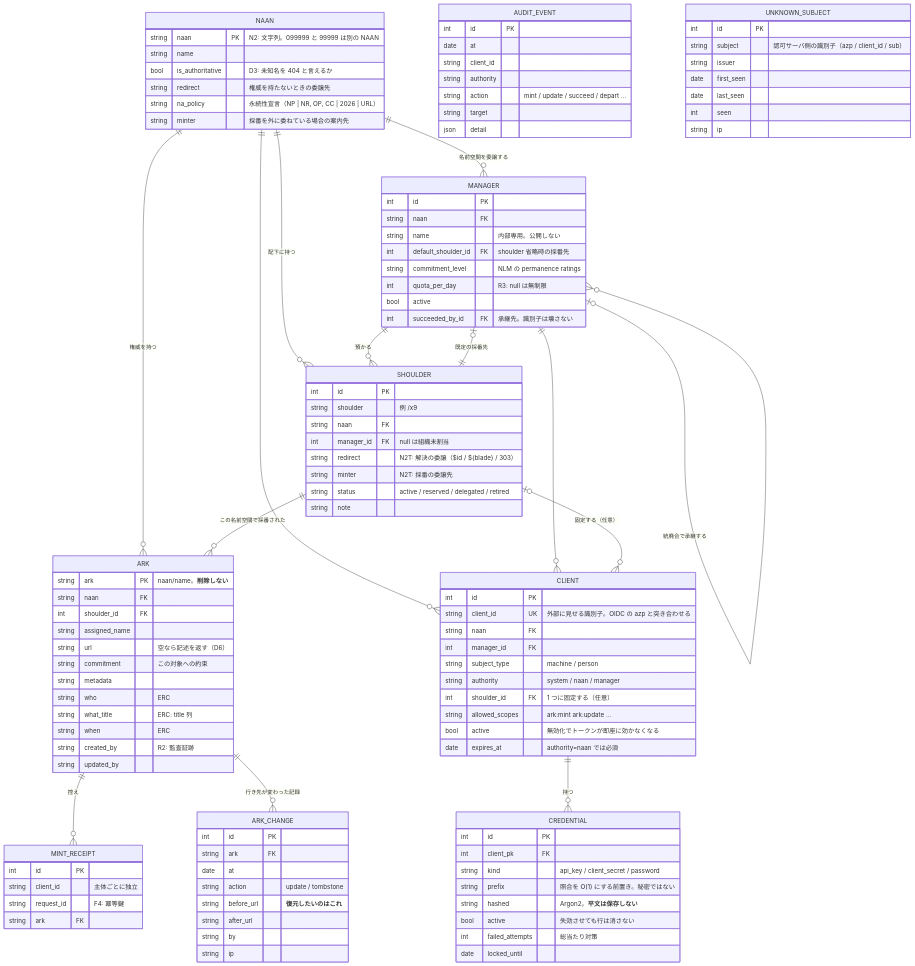
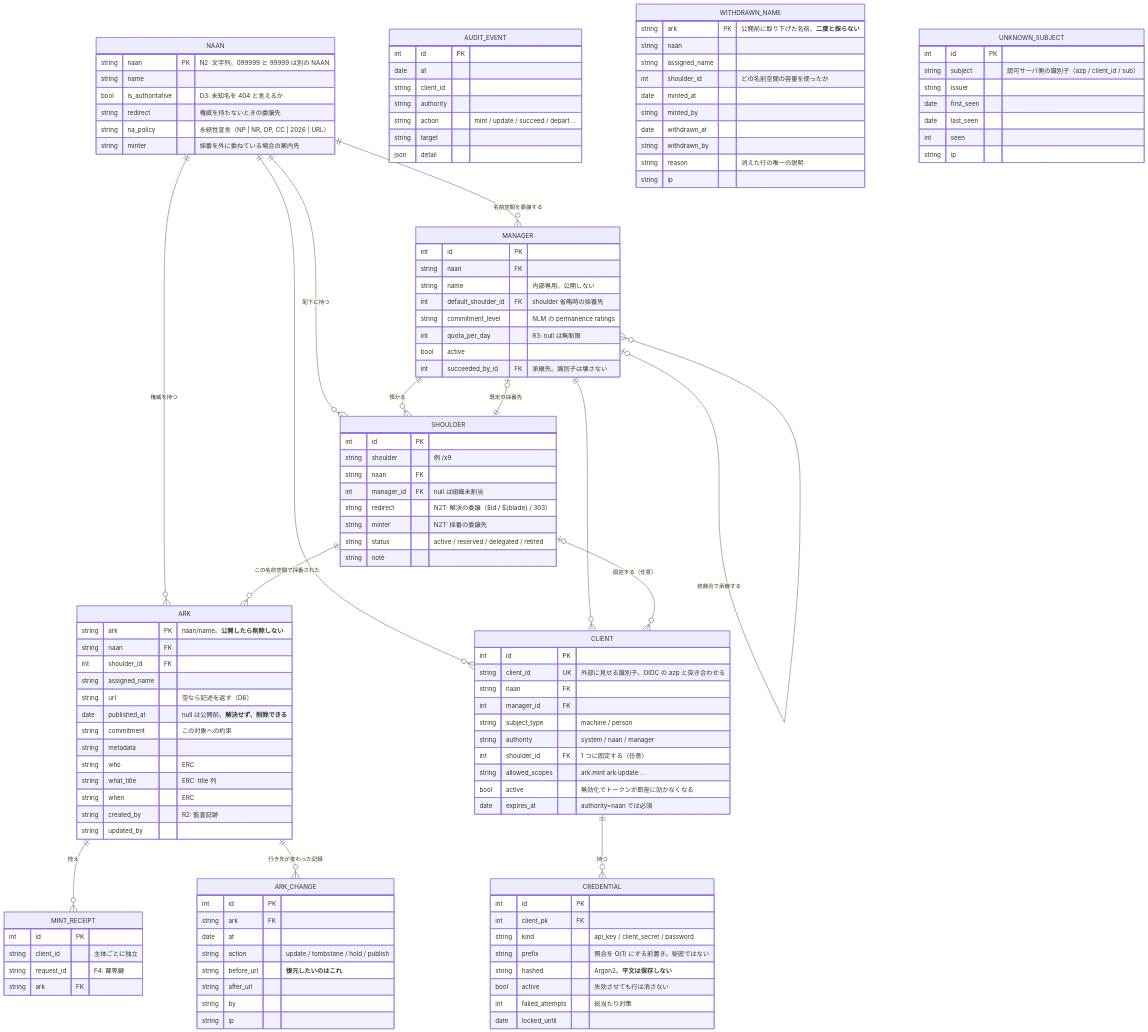
One commit to RCOSDP/arkhe changed the diagram in docs/reference/data-model.ja.md. Above: the diagram before and after it, drawn with Mermaid. The commit also changed other lines of this file and 57 other files, not shown here.

```diff
--- a/docs/reference/data-model.ja.md
+++ b/docs/reference/data-model.ja.md
@@ -55,11 +55,12 @@
     }
 
     ARK {
-        string ark PK "naan/name。**削除しない**"
+        string ark PK "naan/name。**公開したら削除しない**"
         string naan FK
         int    shoulder_id FK
         string assigned_name
         string url "空なら記述を返す（D6）"
+        date   published_at "null は公開前。**解決せず、削除できる**"
         string commitment "この対象への約束"
         string metadata
         string who "ERC"
@@ -104,7 +105,7 @@
         int    id PK
         string ark FK
         date   at
-        string action "update / tombstone"
+        string action "update / tombstone / hold / publish"
         string before_url "**復元したいのはこれ**"
         string after_url
         string by
@@ -120,6 +121,18 @@
         string target
         json   detail
     }
+    WITHDRAWN_NAME {
+        string ark PK "公開前に取り下げた名前。**二度と採らない**"
+        string naan
+        string assigned_name
+        int    shoulder_id "どの名前空間の容量を使ったか"
+        date   minted_at
+        string minted_by
+        date   withdrawn_at
+        string withdrawn_by
+        string reason "消えた行の唯一の説明"
+        string ip
+    }
     UNKNOWN_SUBJECT {
         int    id PK
         string subject "認可サーバ側の識別子（azp / client_id / sub）"
```
